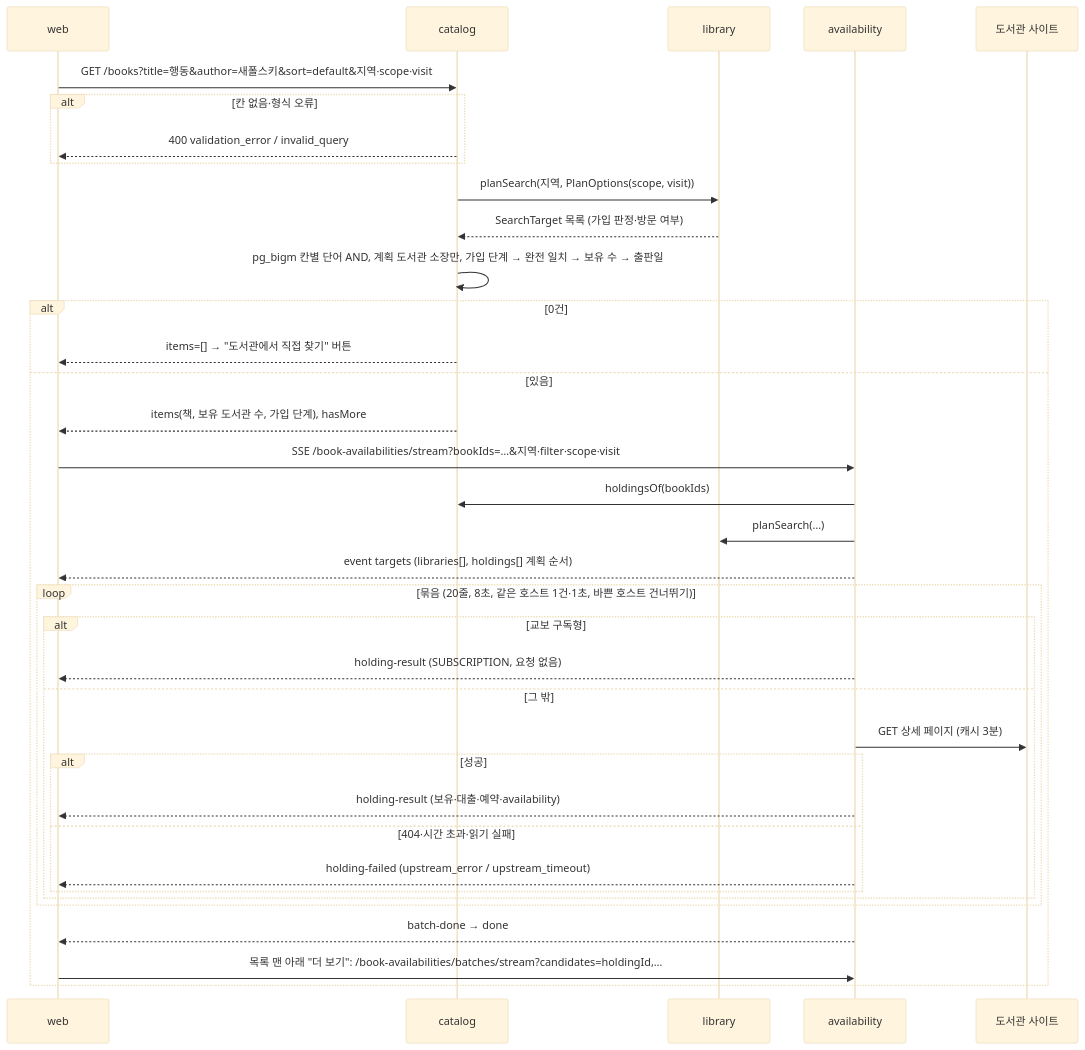
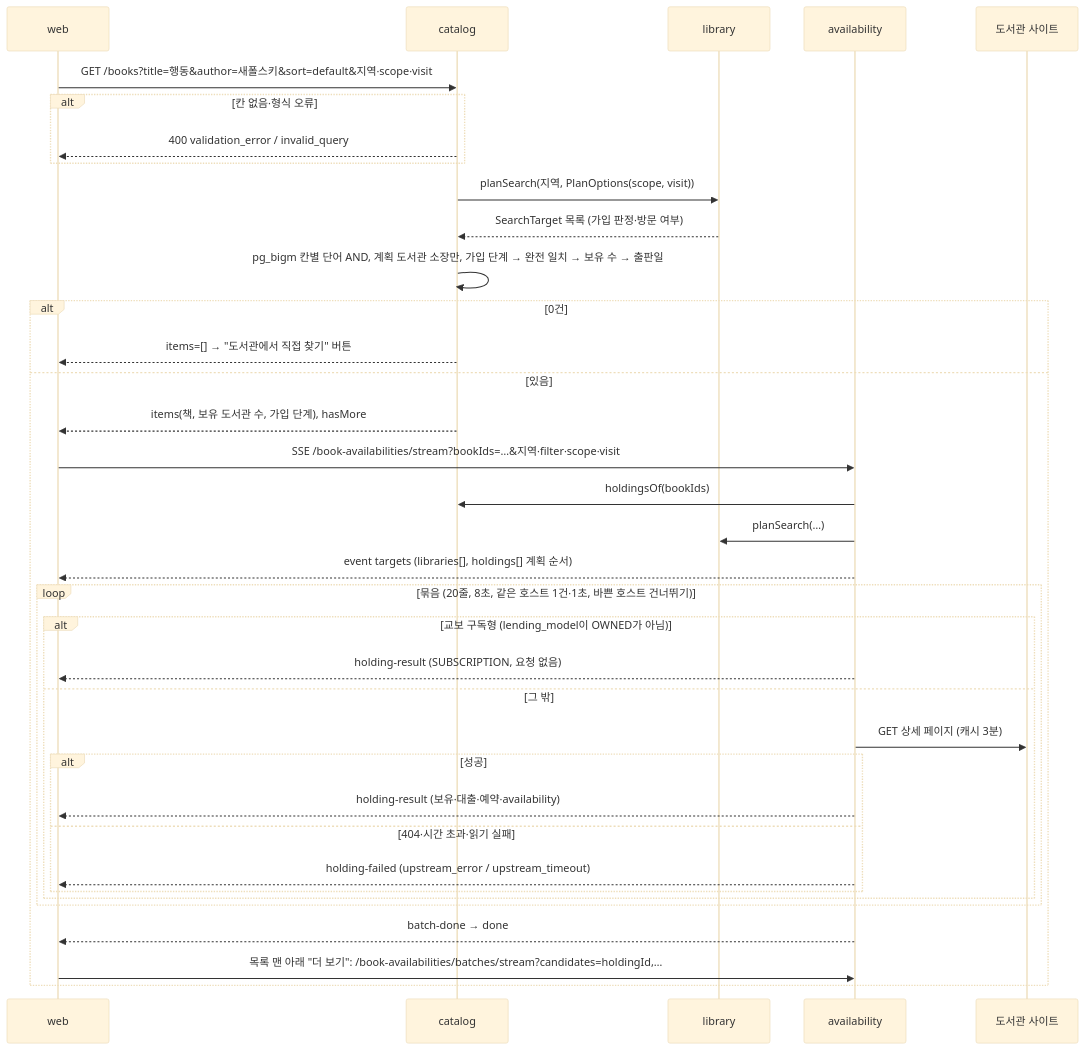
One commit to hodu-sketch/chaekcheck-plan changed the seventh of 23 diagrams in docs/current/flows.md. Above: the diagram before and after it, drawn with Mermaid (base theme). The commit also changed other lines of this file and 73 other files, not shown here.

````diff
--- a/docs/current/flows.md
+++ b/docs/current/flows.md
@@ -177,38 +181,38 @@
 ```mermaid
 sequenceDiagram
   participant W as web
   participant C as catalog
   participant L as library
   participant A as availability
   participant S as 도서관 사이트
   W->>C: GET /books?title=행동&author=새폴스키&sort=default&지역·scope·visit
   alt 칸 없음·형식 오류
     C-->>W: 400 validation_error / invalid_query
   end
   C->>L: planSearch(지역, PlanOptions(scope, visit))
   L-->>C: SearchTarget 목록 (가입 판정·방문 여부)
   C->>C: pg_bigm 칸별 단어 AND, 계획 도서관 소장만, 가입 단계 → 완전 일치 → 보유 수 → 출판일
   alt 0건
     C-->>W: items=[] → "도서관에서 직접 찾기" 버튼
   else 있음
     C-->>W: items(책, 보유 도서관 수, 가입 단계), hasMore
     W->>A: SSE /book-availabilities/stream?bookIds=…&지역·filter·scope·visit
     A->>C: holdingsOf(bookIds)
     A->>L: planSearch(…)
     A-->>W: event targets (libraries[], holdings[] 계획 순서)
     loop 묶음 (20줄, 8초, 같은 호스트 1건·1초, 바쁜 호스트 건너뛰기)
-      alt 교보 구독형
+      alt 교보 구독형 (lending_model이 OWNED가 아님)
         A-->>W: holding-result (SUBSCRIPTION, 요청 없음)
       else 그 밖
         A->>S: GET 상세 페이지 (캐시 3분)
         alt 성공
           A-->>W: holding-result (보유·대출·예약·availability)
         else 404·시간 초과·읽기 실패
           A-->>W: holding-failed (upstream_error / upstream_timeout)
         end
       end
     end
     A-->>W: batch-done → done
     W->>A: 목록 맨 아래 "더 보기": /book-availabilities/batches/stream?candidates=holdingId,…
   end
 ```
````
